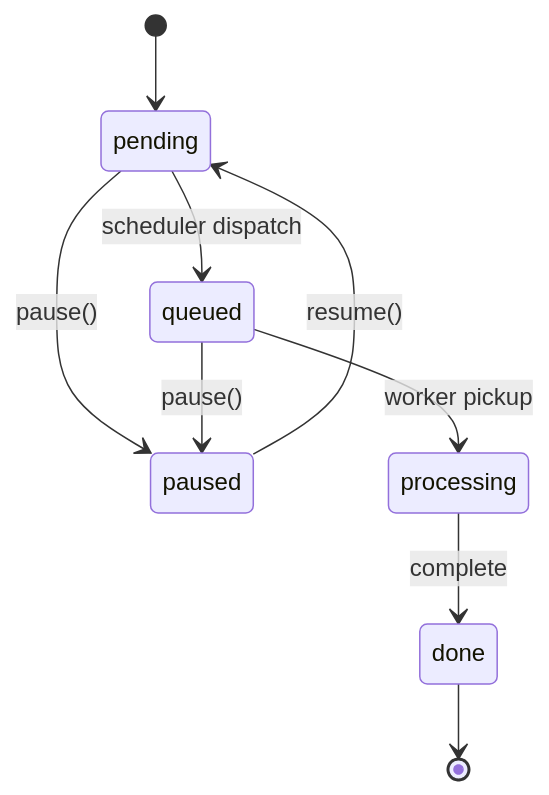
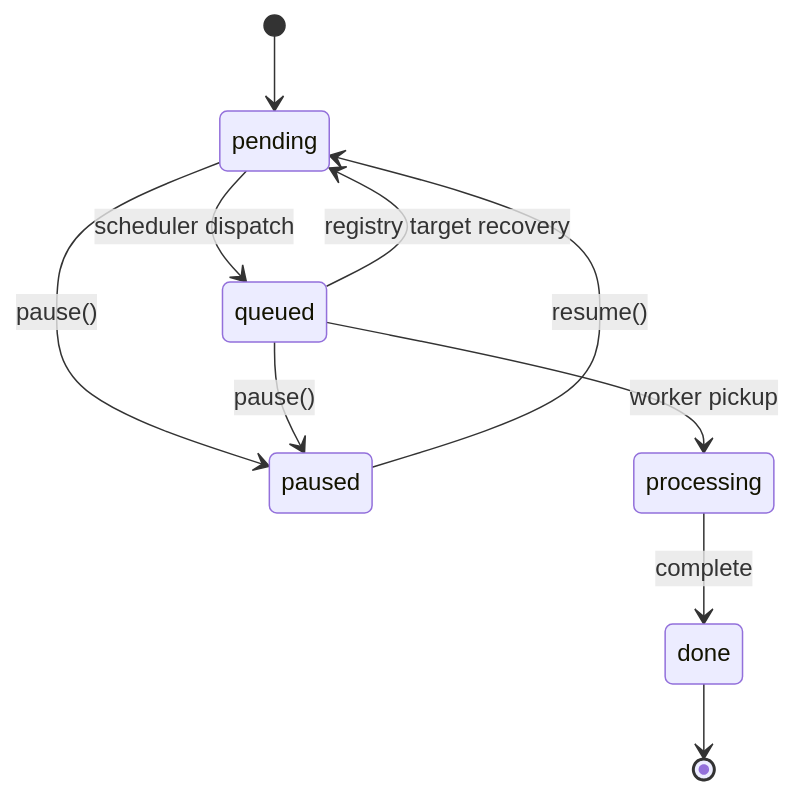
Before and after one commit to cedricvidal/scope: the diagram in docs/architecture/queue-scheduler.md, drawn with Mermaid. The commit also changed other lines of this file and 12 other files, not shown here.

````diff
--- a/docs/architecture/queue-scheduler.md
+++ b/docs/architecture/queue-scheduler.md
@@ -74,11 +74,12 @@
 ```mermaid
 stateDiagram-v2
     [*] --> pending
     pending --> paused : pause()
     pending --> queued : scheduler dispatch
+    queued --> pending : registry target recovery
     queued --> paused : pause()
     queued --> processing : worker pickup
     paused --> pending : resume()
     processing --> done : complete
     done --> [*]
 ```
````
